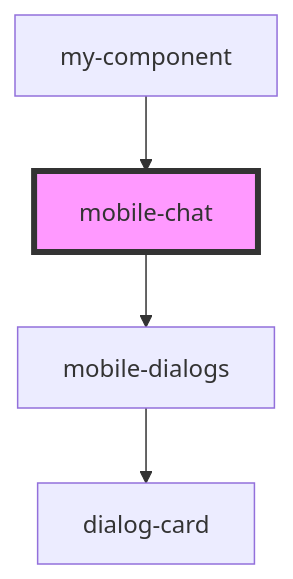
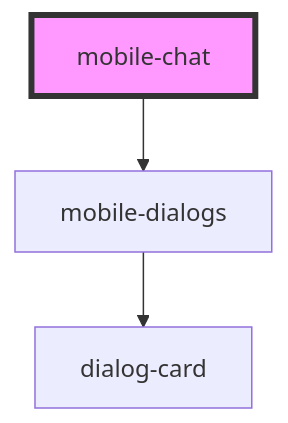
The diagram in src/components/mobile/mobile-chat/readme.md (saqhan/stencil-chat), drawn with Mermaid before and after one commit. The commit also changed other lines of this file and 38 other files, not shown here.

Commit message:
added no-chat component

````diff
--- a/src/components/mobile/mobile-chat/readme.md
+++ b/src/components/mobile/mobile-chat/readme.md
@@ -19,7 +15,6 @@
 ```mermaid
 graph TD;
   mobile-chat --> mobile-dialogs
   mobile-dialogs --> dialog-card
-  my-component --> mobile-chat
   style mobile-chat fill:#f9f,stroke:#333,stroke-width:4px
 ```
````
